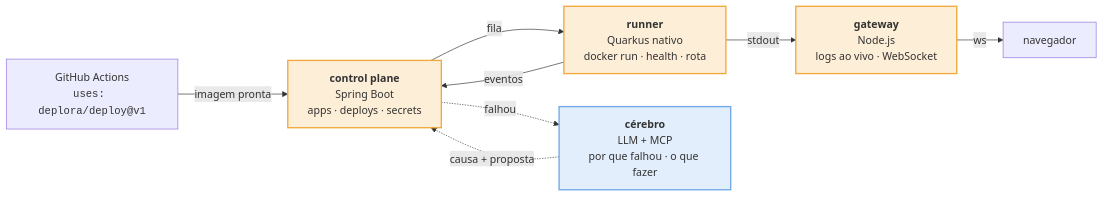
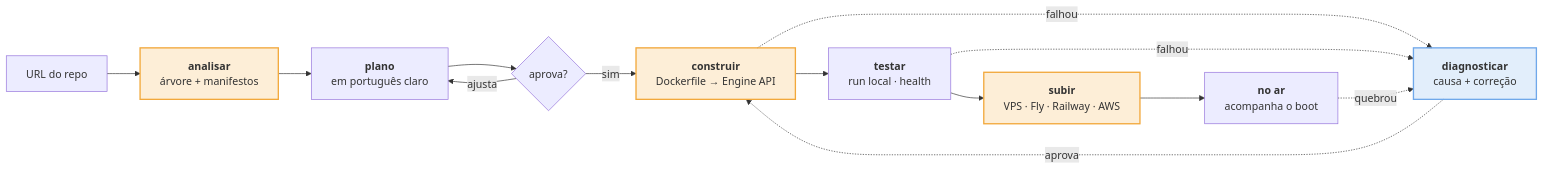
Before and after one commit to Gui089/deplora: the diagram in README.md, drawn with Mermaid. The commit also changed other lines of this file and 2 other files, not shown here.

First line of the commit message:
Deplora vira agente de deploy, não PaaS (ADR 006 e 007)

````diff
--- a/README.md
+++ b/README.md
@@ -44,22 +79,20 @@
 ```mermaid
 flowchart LR
-    GH["GitHub Actions<br/><code>uses: deplora/deploy@v1</code>"]
-    CP["<b>control plane</b><br/>Spring Boot<br/>apps · deploys · secrets"]
-    RN["<b>runner</b><br/>Quarkus nativo<br/>docker run · health · rota"]
-    GW["<b>gateway</b><br/>Node.js<br/>logs ao vivo · WebSocket"]
-    AI["<b>cérebro</b><br/>LLM + MCP<br/>por que falhou · o que fazer"]
-    UI["navegador"]
+    U["URL do repo"] --> A["<b>analisar</b><br/>árvore + manifestos"]
+    A --> P["<b>plano</b><br/>em português claro"]
+    P --> S{"aprova?"}
+    S -- "ajusta" --> P
+    S -- "sim" --> D["<b>construir</b><br/>Dockerfile → Engine API"]
+    D --> T["<b>testar</b><br/>run local · health"]
+    T --> V["<b>subir</b><br/>VPS · Fly · Railway · AWS"]
+    V --> L["<b>no ar</b><br/>acompanha o boot"]
+    D -. "falhou" .-> X["<b>diagnosticar</b><br/>causa + correção"]
+    T -. "falhou" .-> X
+    L -. "quebrou" .-> X
+    X -. "aprova" .-> D
 
-    GH -- "imagem pronta" --> CP
-    CP -- "fila" --> RN
-    RN -- "eventos" --> CP
-    RN -- "stdout" --> GW
-    GW -- "ws" --> UI
-    CP -. "falhou" .-> AI
-    AI -. "causa + proposta" .-> CP
-
-    style CP fill:#F2A83B33,stroke:#F2A83B,stroke-width:2px
-    style RN fill:#F2A83B33,stroke:#F2A83B,stroke-width:2px
-    style GW fill:#F2A83B33,stroke:#F2A83B,stroke-width:2px
-    style AI fill:#6FA8EA33,stroke:#6FA8EA,stroke-width:2px
+    style A fill:#F2A83B33,stroke:#F2A83B,stroke-width:2px
+    style D fill:#F2A83B33,stroke:#F2A83B,stroke-width:2px
+    style V fill:#F2A83B33,stroke:#F2A83B,stroke-width:2px
+    style X fill:#6FA8EA33,stroke:#6FA8EA,stroke-width:2px
 ```
````
